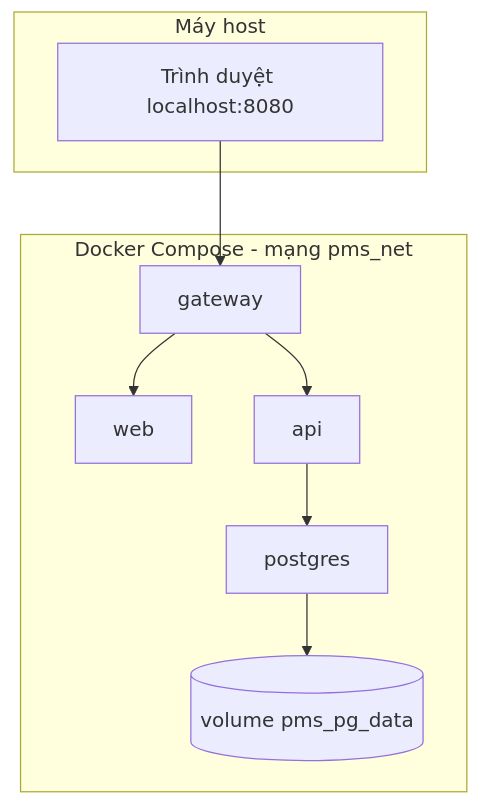
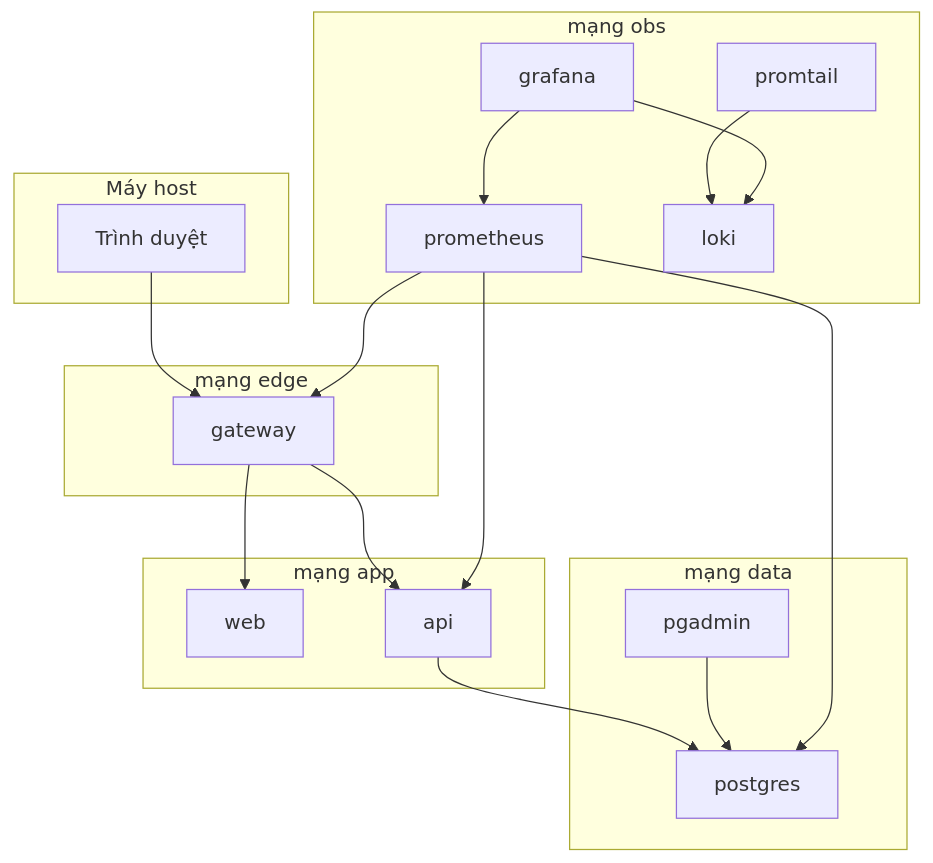
Before and after one commit to tuanhdevvn/Project-Management-ICTU: the diagram in docs/06-trien-khai-docker.md, drawn with Mermaid. The commit also changed other lines of this file and 11 other files, not shown here.

````diff
--- a/docs/06-trien-khai-docker.md
+++ b/docs/06-trien-khai-docker.md
@@ -43,18 +48,34 @@
 ```mermaid
 flowchart TB
     subgraph host [Máy host]
-      Browser[Trình duyệt localhost:8080]
+      Browser[Trình duyệt]
     end
-    subgraph compose [Docker Compose - mạng pms_net]
+    subgraph edge [mạng edge]
       Gateway[gateway]
+    end
+    subgraph appnet [mạng app]
       Web[web]
       Api[api]
+    end
+    subgraph data [mạng data]
       Db[postgres]
-      Vol[(volume pms_pg_data)]
+      Pgadmin[pgadmin]
+    end
+    subgraph obs [mạng obs]
+      Prom[prometheus]
+      Graf[grafana]
+      Loki[loki]
+      Tail[promtail]
     end
     Browser --> Gateway
     Gateway --> Web
     Gateway --> Api
     Api --> Db
-    Db --> Vol
+    Pgadmin --> Db
+    Prom --> Gateway
+    Prom --> Api
+    Prom --> Db
+    Tail --> Loki
+    Graf --> Prom
+    Graf --> Loki
 ```
````
